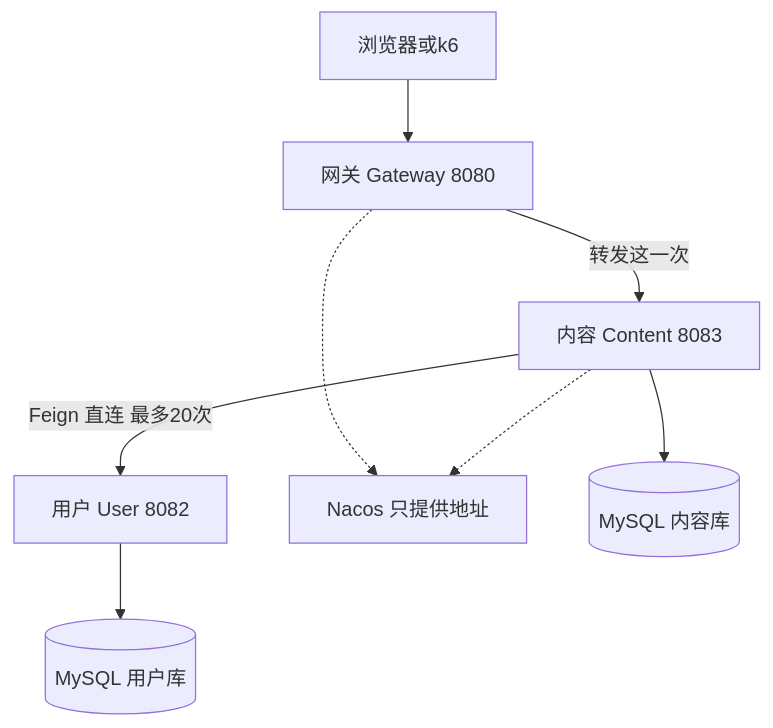
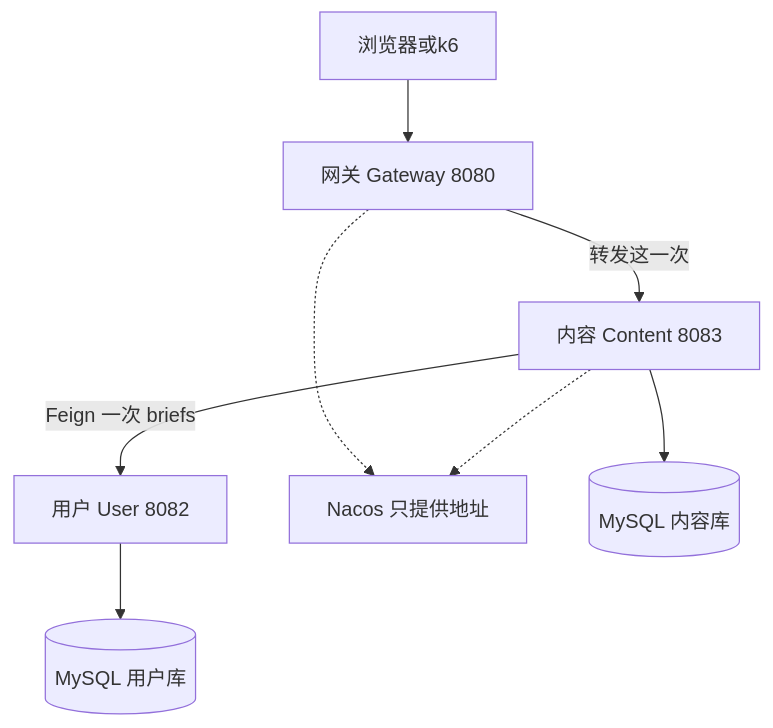
Before and after one commit to Yangleduo00337788/OnePage: diagram 15 of 16 in agi-work-space/src/content/engineering/tech/diagrams.md, drawn with Mermaid. The commit also changed other lines of this file and 15 other files, not shown here.

````diff
--- a/agi-work-space/src/content/engineering/tech/diagrams.md
+++ b/agi-work-space/src/content/engineering/tech/diagrams.md
@@ -400,10 +403,10 @@
 ```mermaid
 flowchart TD
   client["浏览器或k6"] --> gw["网关 Gateway 8080"]
   gw -->|"转发这一次"| content["内容 Content 8083"]
-  content -->|"Feign 直连 最多20次"| user["用户 User 8082"]
+  content -->|"Feign 一次 briefs"| user["用户 User 8082"]
   gw -.-> nacos["Nacos 只提供地址"]
   content -.-> nacos
   content --> dbC[("MySQL 内容库")]
   user --> dbU[("MySQL 用户库")]
 ```
````
